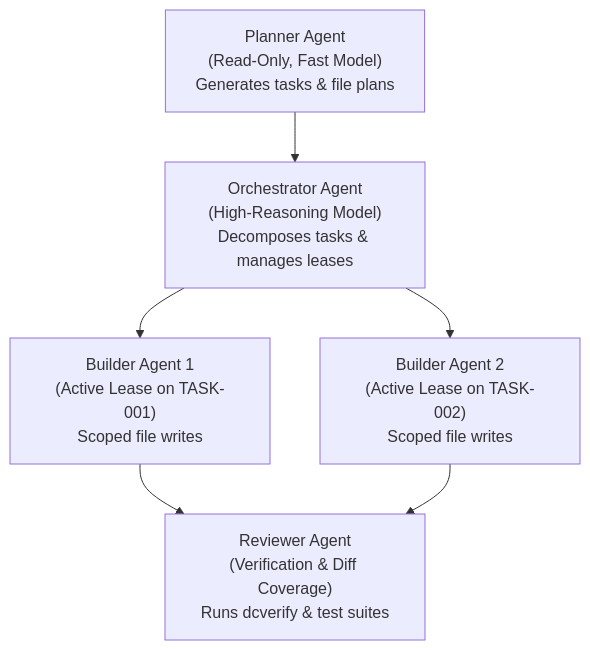
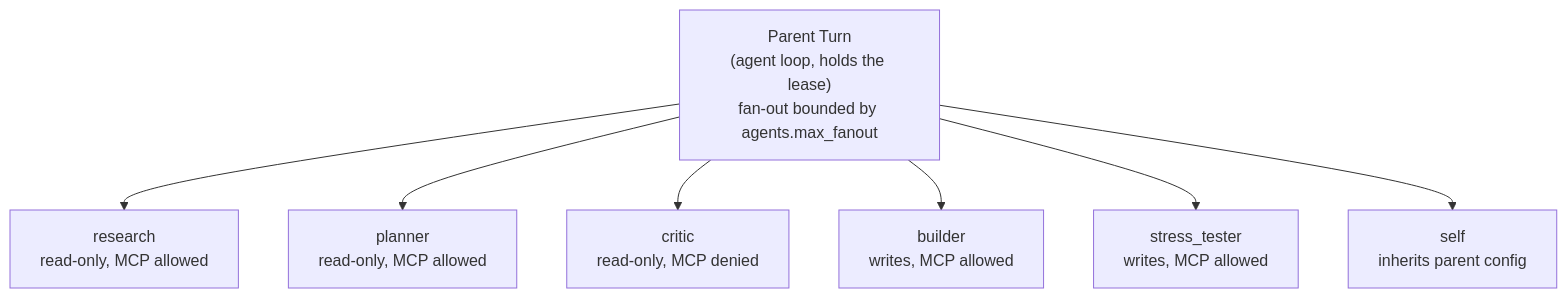
One commit to bharathvbcr/Manvi changed the third of 6 diagrams in docs/AGENT_AND_TURN_LIFECYCLE.md. Above: the diagram before and after it, drawn with Mermaid. The commit also changed other lines of this file and 9 other files, not shown here.

First line of the commit message:
Gate the diagrams with the real grammar, and preregister the rerun

````diff
--- a/docs/AGENT_AND_TURN_LIFECYCLE.md
+++ b/docs/AGENT_AND_TURN_LIFECYCLE.md
@@ -113,15 +113,14 @@
 ```mermaid
 flowchart TB
-    Planner["Planner Agent<br/>(Read-Only, Fast Model)<br/>Generates tasks & file plans"]
-    
-    Orchestrator["Orchestrator Agent<br/>(High-Reasoning Model)<br/>Decomposes tasks & manages leases"]
-    
-    Builder1["Builder Agent 1<br/>(Active Lease on TASK-001)<br/>Scoped file writes"]
-    Builder2["Builder Agent 2<br/>(Active Lease on TASK-002)<br/>Scoped file writes"]
-    
-    Reviewer["Reviewer Agent<br/>(Verification & Diff Coverage)<br/>Runs dcverify & test suites"]
+    Parent["Parent Turn<br/>(agent loop, holds the lease)<br/>fan-out bounded by agents.max_fanout"]
 
-    Planner --> Orchestrator
-    Orchestrator --> Builder1 & Builder2
-    Builder1 & Builder2 --> Reviewer
+    Research["research<br/>read-only, MCP allowed"]
+    Planner["planner<br/>read-only, MCP allowed"]
+    Critic["critic<br/>read-only, MCP denied"]
+    Builder["builder<br/>writes, MCP allowed"]
+    Stress["stress_tester<br/>writes, MCP allowed"]
+    Self["self<br/>inherits parent config"]
+
+    Parent --> Research & Planner & Critic
+    Parent --> Builder & Stress & Self
 ```
````
